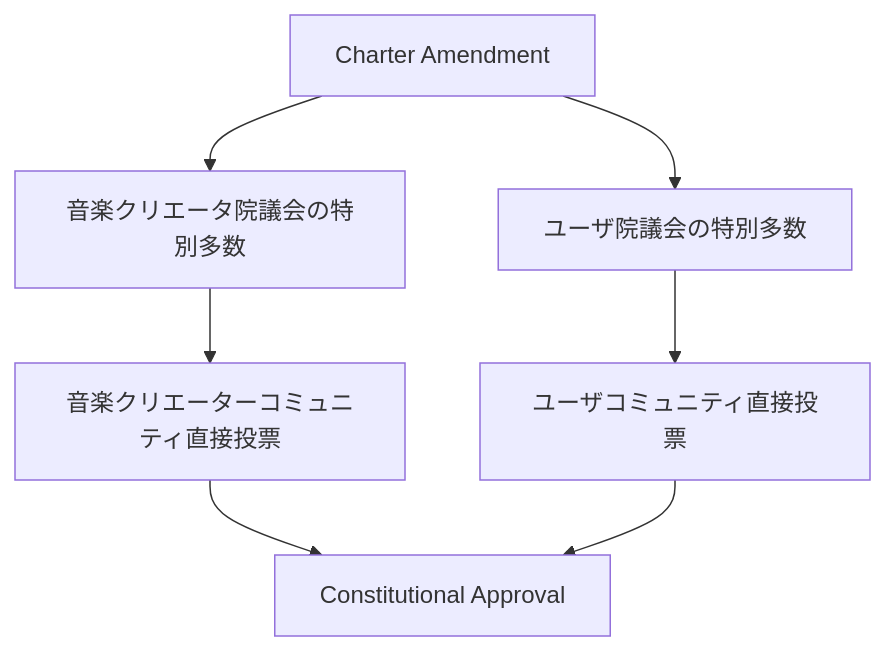
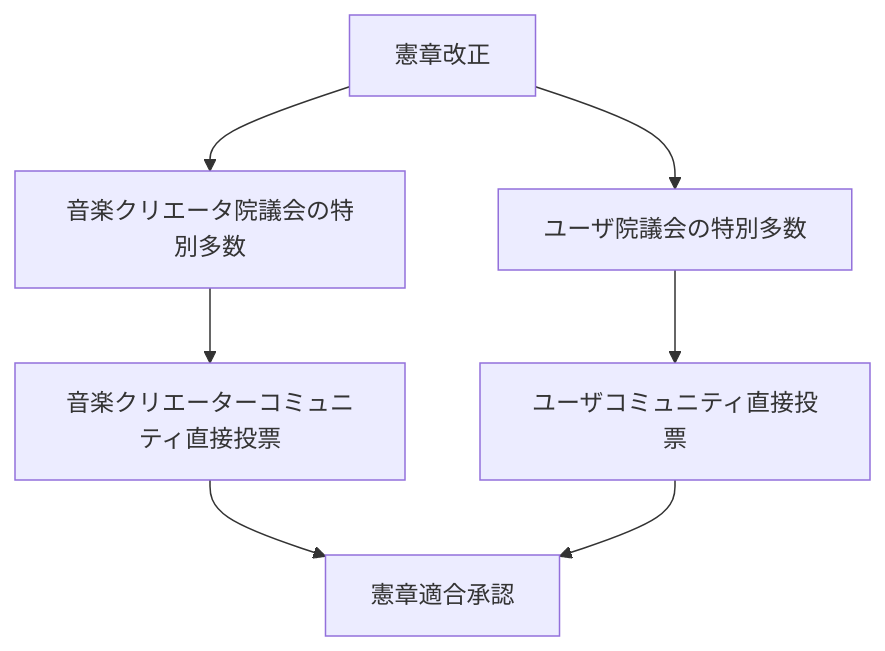
One commit to ShigeichiroYamasaki/creator-first-platform changed diagram 11 of 23 in docs/whitepaper/07-governance.md. Above: the diagram before and after it, drawn with Mermaid. The commit also changed other lines of this file and 72 other files, not shown here.

````diff
--- a/docs/whitepaper/07-governance.md
+++ b/docs/whitepaper/07-governance.md
@@ -540,15 +540,15 @@
 ```mermaid
 flowchart TD
-    CHANGE[Charter Amendment]
+    CHANGE[憲章改正]
     CH[音楽クリエータ院議会の特別多数]
     UH[ユーザ院議会の特別多数]
     CR[音楽クリエーターコミュニティ直接投票]
     UR[ユーザコミュニティ直接投票]
 
     CHANGE --> CH
     CHANGE --> UH
     CH --> CR
     UH --> UR
-    CR --> FINAL[Constitutional Approval]
+    CR --> FINAL[憲章適合承認]
     UR --> FINAL
 ```
````
